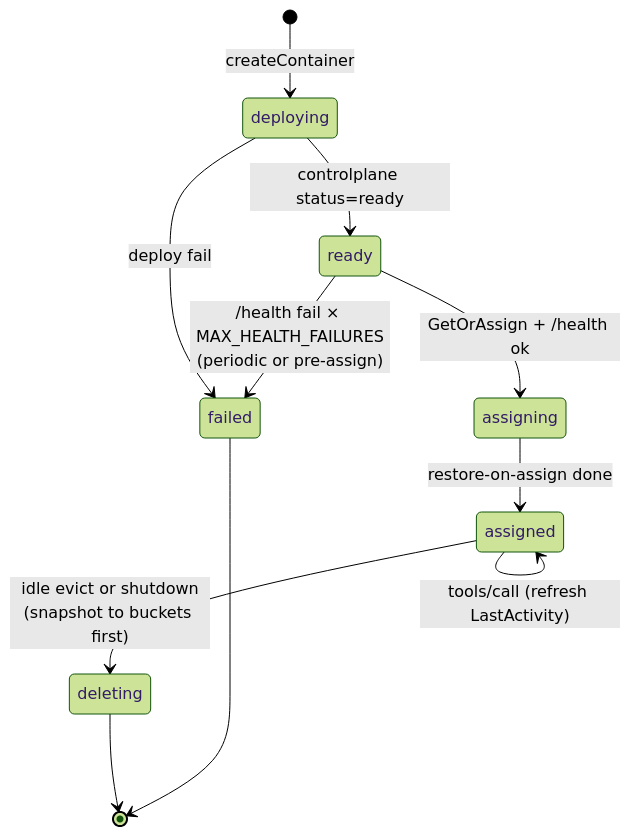
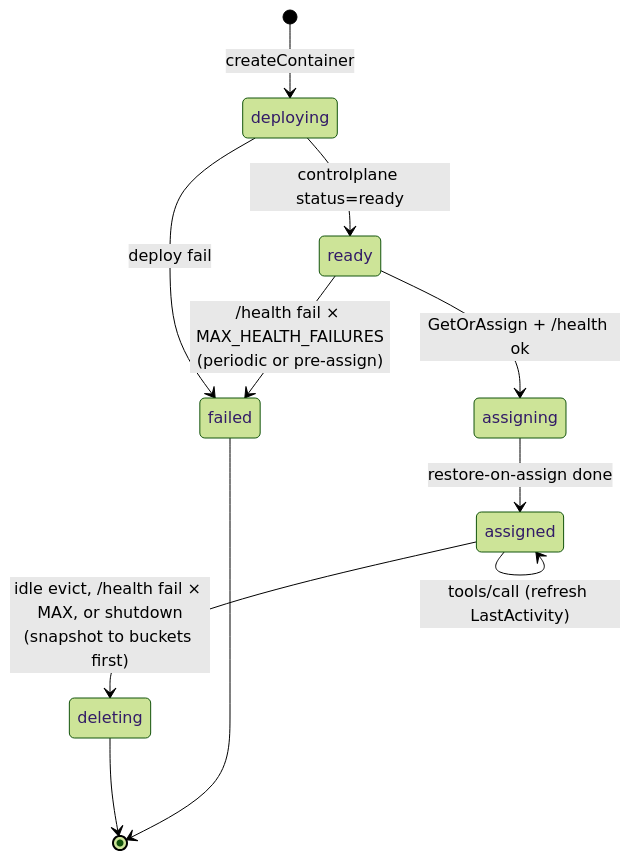
One commit to tinfoilsh/confidential-code-execution changed the third of 3 diagrams in README.md. Above: the diagram before and after it, drawn with Mermaid (forest theme). The commit also changed other lines of this file and 1 other file, not shown here.

Commit message:
health check existing containers to avoid getting stuck

````diff
--- a/README.md
+++ b/README.md
@@ -94,13 +95,13 @@
 ```mermaid
 stateDiagram-v2
     [*] --> deploying: createContainer
     deploying --> ready: controlplane status=ready
     deploying --> failed: deploy fail
     ready --> failed: /health fail × MAX_HEALTH_FAILURES<br/>(periodic or pre-assign)
     ready --> assigning: GetOrAssign + /health ok
     assigning --> assigned: restore-on-assign done
     assigned --> assigned: tools/call (refresh LastActivity)
-    assigned --> deleting: idle evict or shutdown<br/>(snapshot to buckets first)
+    assigned --> deleting: idle evict, /health fail × MAX, or shutdown<br/>(snapshot to buckets first)
     deleting --> [*]
     failed --> [*]
 ```
````
